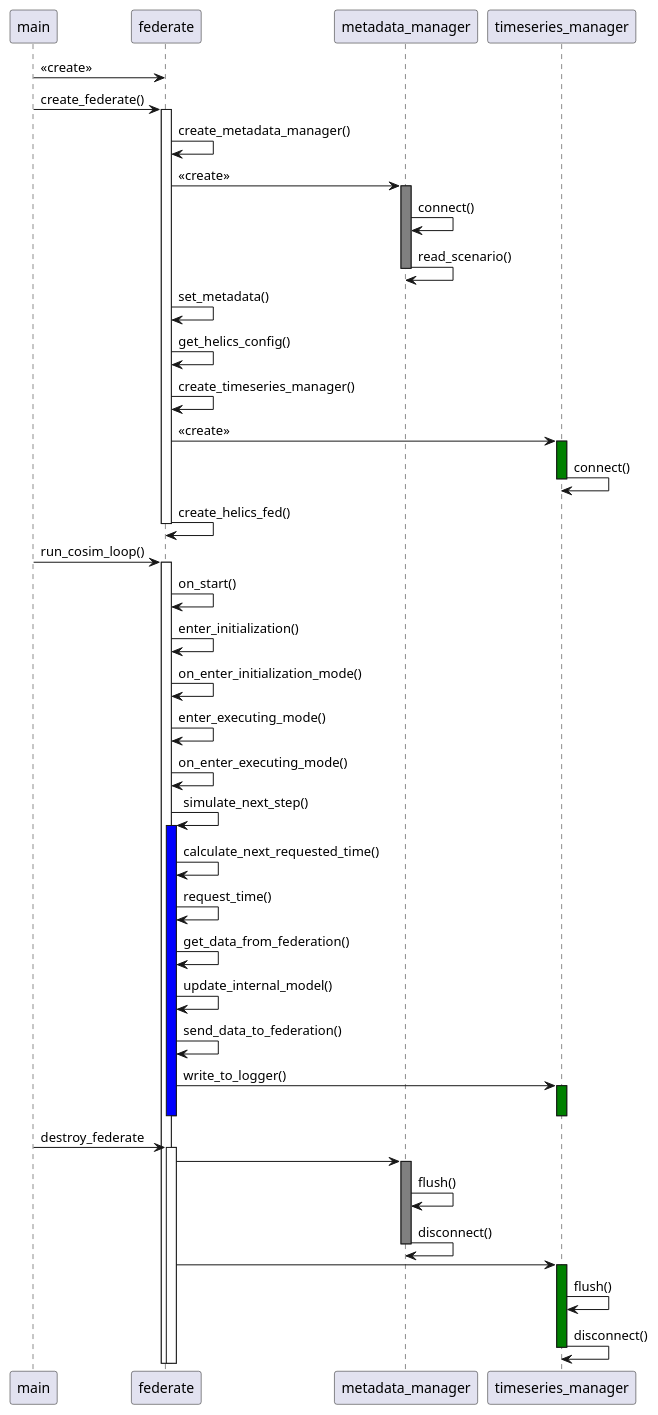
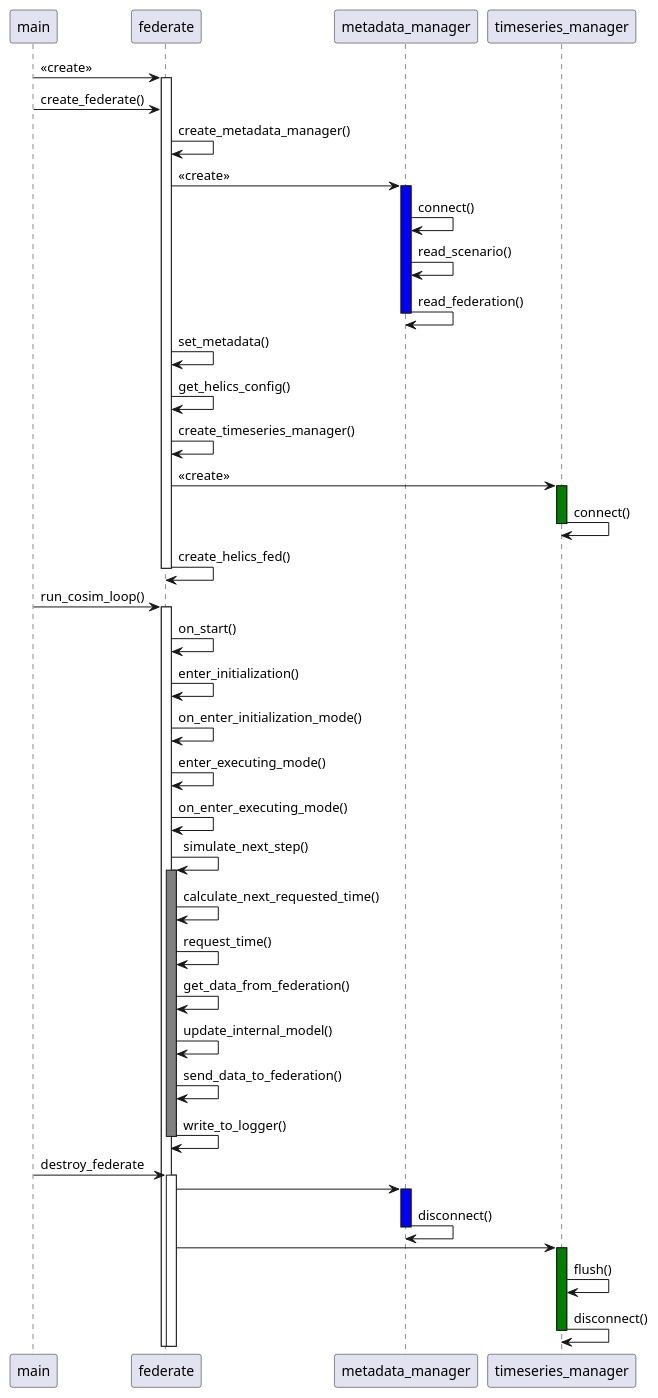
One commit to pnnl/cst changed the diagram in docs/design/uml/federate_sd.plantuml. Above: the diagram before and after it, drawn with PlantUML.

Commit message:
Update sequence diagram

```diff
--- a/docs/design/uml/federate_sd.plantuml
+++ b/docs/design/uml/federate_sd.plantuml
@@ -2,57 +2,55 @@
 @startuml
 
 
 participant main
 participant federate
 
 main -> federate: <<create>>
+activate federate
 main -> federate: create_federate()
-activate federate
 federate -> federate: create_metadata_manager()
 federate -> metadata_manager: <<create>>
-activate metadata_manager #Gray
+activate metadata_manager #Blue
 metadata_manager -> metadata_manager: connect()
 metadata_manager -> metadata_manager: read_scenario()
+metadata_manager -> metadata_manager: read_federation()
 deactivate metadata_manager
 federate -> federate: set_metadata()
 federate -> federate: get_helics_config()
 federate -> federate: create_timeseries_manager()
 federate -> timeseries_manager: <<create>>
 activate timeseries_manager #Green
 timeseries_manager -> timeseries_manager: connect()
 deactivate timeseries_manager
 federate -> federate: create_helics_fed()
 deactivate federate
 
 main -> federate: run_cosim_loop()
 activate federate
 federate -> federate: on_start()
 federate -> federate: enter_initialization()
 federate -> federate: on_enter_initialization_mode()
 federate -> federate: enter_executing_mode()
 federate -> federate: on_enter_executing_mode()
 federate -> federate: simulate_next_step()
-activate federate #Blue
+activate federate #Gray
 federate -> federate: calculate_next_requested_time()
 federate -> federate: request_time()
 federate -> federate: get_data_from_federation()
 federate -> federate: update_internal_model()
 federate -> federate: send_data_to_federation()
-federate -> timeseries_manager : write_to_logger()
-activate timeseries_manager #Green
-deactivate timeseries_manager
+federate -> federate : write_to_logger()
 deactivate federate
 main -> federate: destroy_federate
 activate federate
 federate -> metadata_manager
-activate metadata_manager #Gray
-metadata_manager -> metadata_manager: flush()
+activate metadata_manager #Blue
 metadata_manager -> metadata_manager: disconnect()
 deactivate metadata_manager
 federate -> timeseries_manager
 activate timeseries_manager #Green
 timeseries_manager -> timeseries_manager: flush()
 timeseries_manager -> timeseries_manager: disconnect()
 deactivate timeseries_manager
 
 @enduml
```
